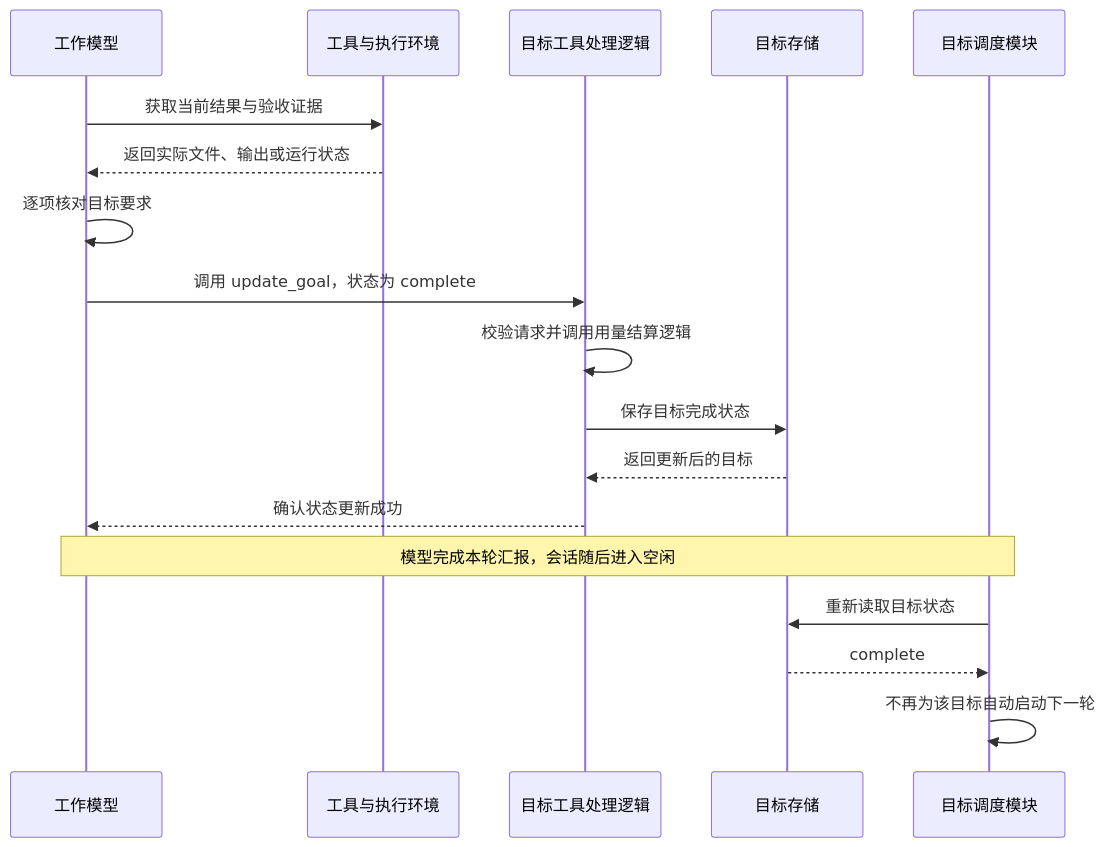
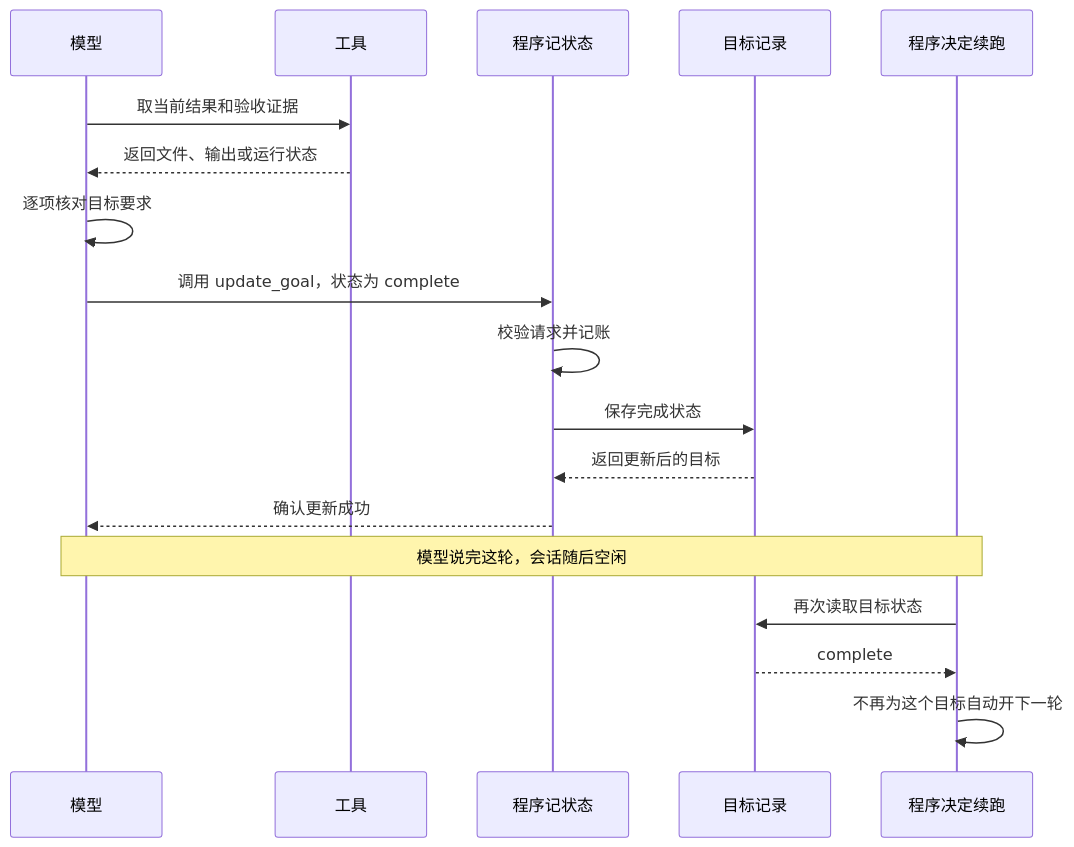
Before and after one commit to gqcn/johns-blog: the third of 5 diagrams in docs/docs/1000-AI技术/200-应用开发/100-智能体/7000-AI Coding中的goal指令：从持续执行到目标闭环.md, drawn with Mermaid. The commit also changed other lines of this file and 14 other files, not shown here.

````diff
--- a/docs/docs/1000-AI技术/200-应用开发/100-智能体/7000-AI Coding中的goal指令：从持续执行到目标闭环.md
+++ b/docs/docs/1000-AI技术/200-应用开发/100-智能体/7000-AI Coding中的goal指令：从持续执行到目标闭环.md
@@ -262,20 +254,20 @@
 ```mermaid
 sequenceDiagram
-    participant M as 工作模型
-    participant T as 工具与执行环境
-    participant G as 目标工具处理逻辑
-    participant S as 目标存储
-    participant D as 目标调度模块
-    M->>T: 获取当前结果与验收证据
-    T-->>M: 返回实际文件、输出或运行状态
+    participant M as 模型
+    participant T as 工具
+    participant G as 程序记状态
+    participant S as 目标记录
+    participant D as 程序决定续跑
+    M->>T: 取当前结果和验收证据
+    T-->>M: 返回文件、输出或运行状态
     M->>M: 逐项核对目标要求
     M->>G: 调用 update_goal，状态为 complete
-    G->>G: 校验请求并调用用量结算逻辑
-    G->>S: 保存目标完成状态
+    G->>G: 校验请求并记账
+    G->>S: 保存完成状态
     S-->>G: 返回更新后的目标
-    G-->>M: 确认状态更新成功
-    Note over M,D: 模型完成本轮汇报，会话随后进入空闲
-    D->>S: 重新读取目标状态
+    G-->>M: 确认更新成功
+    Note over M,D: 模型说完这轮，会话随后空闲
+    D->>S: 再次读取目标状态
     S-->>D: complete
-    D->>D: 不再为该目标自动启动下一轮
+    D->>D: 不再为这个目标自动开下一轮
 ```
````
